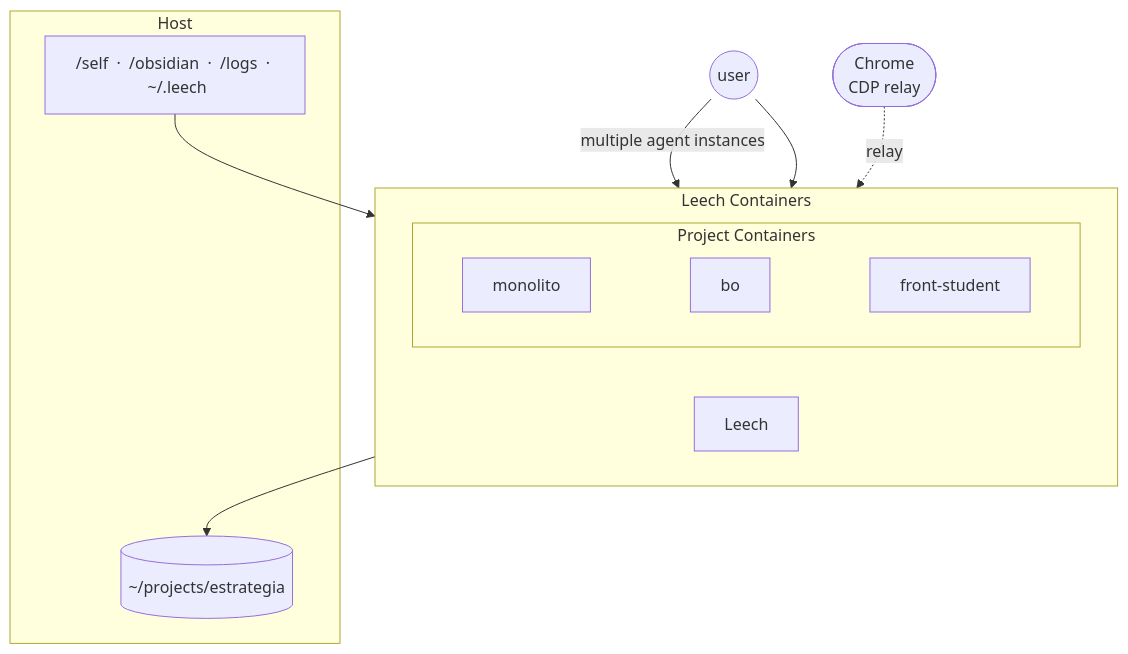
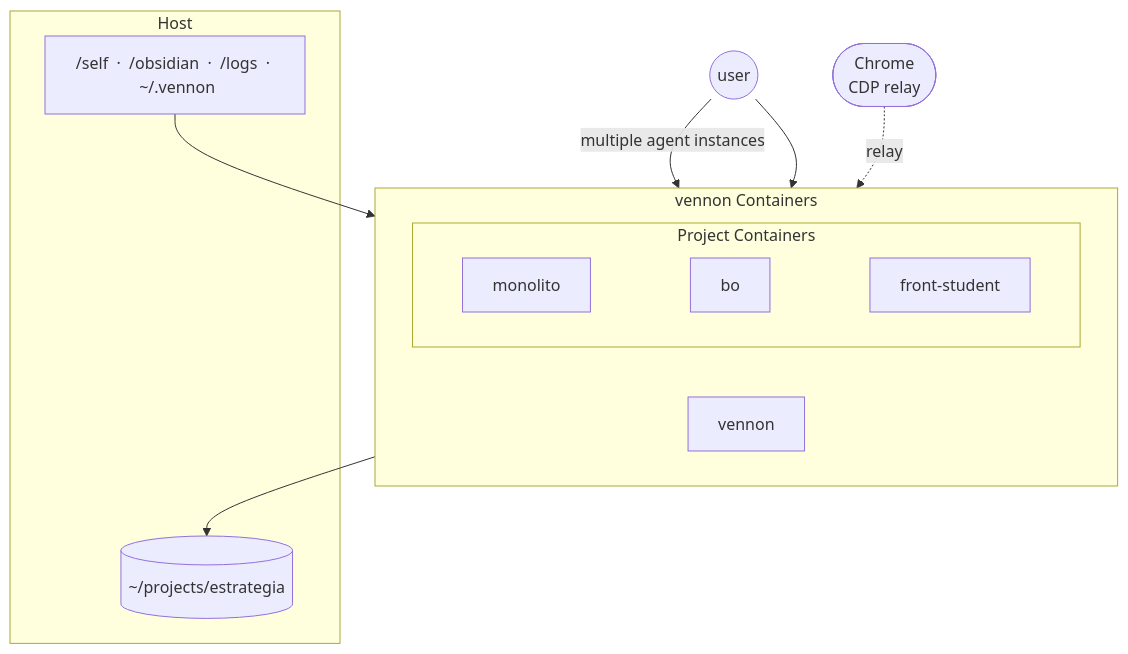
The diagram in README.md (autibequi/nixos), drawn with Mermaid before and after one commit. The commit also changed other lines of this file and 138 other files, not shown here.

First line of the commit message:
refactor: rename Leech to Vennon across configurations and documentation

````diff
--- a/README.md
+++ b/README.md
@@ -7,25 +7,25 @@
 ```mermaid
 graph TB
     USER(("user"))
     CHROME(["Chrome<br/>CDP relay"])
 
-    subgraph CONTAINERS["Leech Containers"]
+    subgraph CONTAINERS["vennon Containers"]
         direction LR
-        L["Leech"]
+        L["vennon"]
         subgraph APP["Project Containers"]
             direction LR
             MONO["monolito"] ~~~ BO["bo"] ~~~ FRONT["front-student"]
         end
     end
 
     subgraph HOST["Host"]
-        VOLS["/self  ·  /obsidian  ·  /logs  ·  ~/.leech"]
+        VOLS["/self  ·  /obsidian  ·  /logs  ·  ~/.vennon"]
         PROJ[("~/projects/estrategia")]
     end
 
     USER -->|multiple agent instances| L
     USER --> APP
     CHROME -.->|relay| L
     VOLS --> CONTAINERS
     CONTAINERS --> PROJ
 ```
````
